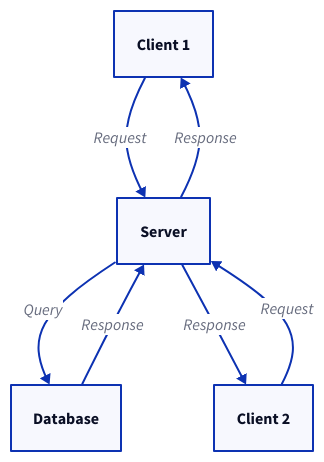
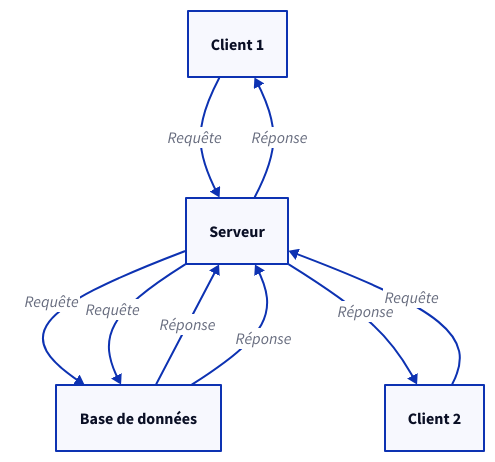
Before and after one commit to Ibne29/d2lang-vision-llm: the diagram in out/diagram_iter5.d2, drawn with D2. The commit also changed 11 other files, not shown here.

Commit message:
ajout des graphes d evaluation

```diff
--- a/out/diagram_iter5.d2
+++ b/out/diagram_iter5.d2
@@ -1,11 +1,14 @@
 client1: Client 1
 client2: Client 2
-server: Server
-database: Database
+server: Serveur
+database: Base de données
 
-client1 -> server: Request
-client2 -> server: Request
-server -> database: Query
-database -> server: Response
-server -> client1: Response
-server -> client2: Response
+client1 -> server: Requête
+server -> database: Requête
+database -> server: Réponse
+server -> client1: Réponse
+
+client2 -> server: Requête
+server -> database: Requête
+database -> server: Réponse
+server -> client2: Réponse
```
